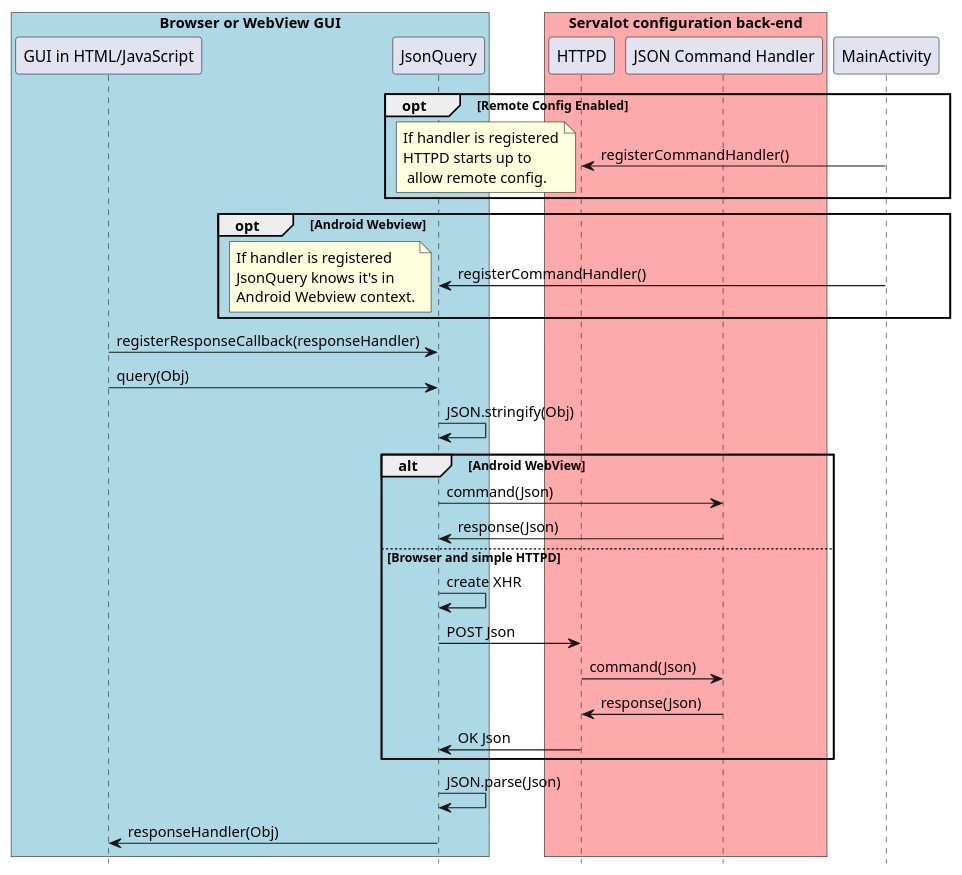
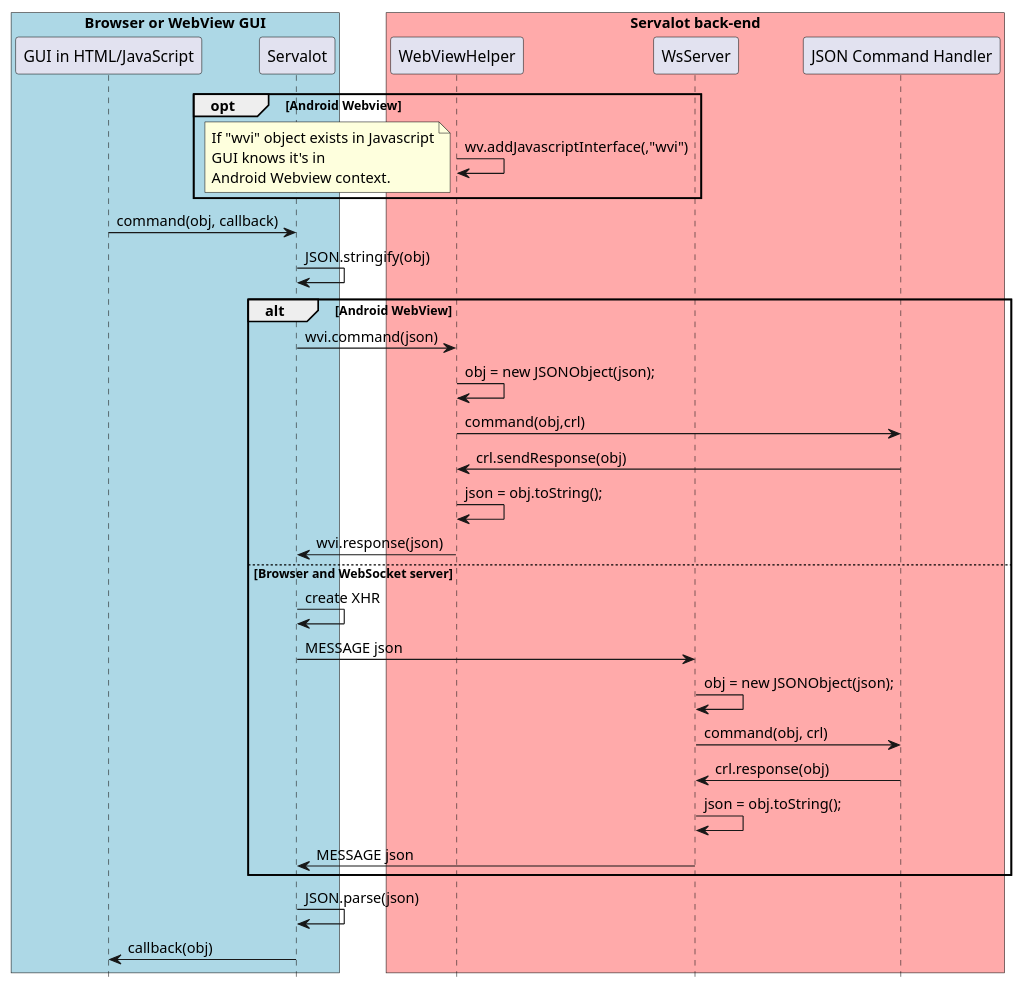
The diagram in doc/html_gui_cmd_sd.puml (andrew-rogers/Servalot), drawn with PlantUML before and after one commit. The commit also changed 6 other files, not shown here.

Commit message:
Update Javascript command interface.

```diff
--- a/doc/html_gui_cmd_sd.puml
+++ b/doc/html_gui_cmd_sd.puml
@@ -1,41 +1,42 @@
 @startuml
 hide footbox
 
 box "Browser or WebView GUI" #LightBlue
   participant "GUI in HTML/JavaScript" as gui
-  participant JsonQuery
+  participant Servalot
 end box
 
-box "Servalot configuration back-end" #FAA
-  participant HTTPD
+box "Servalot back-end" #FAA
+  participant WebViewHelper
+  participant WsServer
   participant "JSON Command Handler" as handler
 end box
 
-opt Remote Config Enabled
-  MainActivity -> HTTPD: registerCommandHandler()
-  note left: If handler is registered\nHTTPD starts up to\n allow remote config.
+opt Android Webview
+  WebViewHelper -> WebViewHelper: wv.addJavascriptInterface(,"wvi")
+  note left: If "wvi" object exists in Javascript\nGUI knows it's in\nAndroid Webview context.
 end
 
-opt Android Webview
-  MainActivity -> JsonQuery: registerCommandHandler()
-  note left: If handler is registered\nJsonQuery knows it's in\nAndroid Webview context.
+gui -> Servalot: command(obj, callback)
+Servalot -> Servalot: JSON.stringify(obj)
+
+alt Android WebView
+  Servalot -> WebViewHelper: wvi.command(json)
+  WebViewHelper -> WebViewHelper: obj = new JSONObject(json);
+  WebViewHelper -> handler: command(obj,crl)
+  handler -> WebViewHelper: crl.sendResponse(obj)
+  WebViewHelper -> WebViewHelper: json = obj.toString();
+  WebViewHelper -> Servalot: wvi.response(json)
+else Browser and WebSocket server
+  Servalot -> Servalot: create XHR
+  Servalot -> WsServer : MESSAGE json
+  WsServer -> WsServer: obj = new JSONObject(json);
+  WsServer -> handler: command(obj, crl)
+  handler -> WsServer: crl.response(obj)
+  WsServer -> WsServer: json = obj.toString();
+  WsServer -> Servalot: MESSAGE json
 end
 
-gui -> JsonQuery: registerResponseCallback(responseHandler)
-gui -> JsonQuery: query(Obj)
-JsonQuery -> JsonQuery: JSON.stringify(Obj)
-
-alt Android WebView
-  JsonQuery -> handler: command(Json)
-  handler -> JsonQuery: response(Json)
-else Browser and simple HTTPD
-  JsonQuery -> JsonQuery: create XHR
-  JsonQuery -> HTTPD : POST Json
-  HTTPD -> handler: command(Json)
-  handler -> HTTPD: response(Json)
-  HTTPD -> JsonQuery: OK Json
-end
-
-JsonQuery -> JsonQuery: JSON.parse(Json)
-JsonQuery -> gui: responseHandler(Obj)
+Servalot -> Servalot: JSON.parse(json)
+Servalot -> gui: callback(obj)
 @enduml
```
